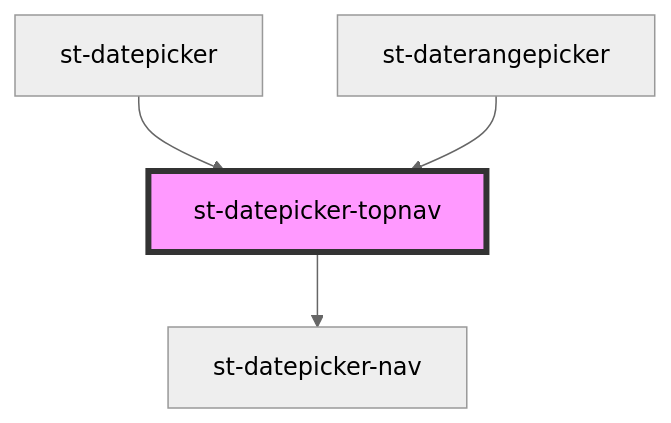
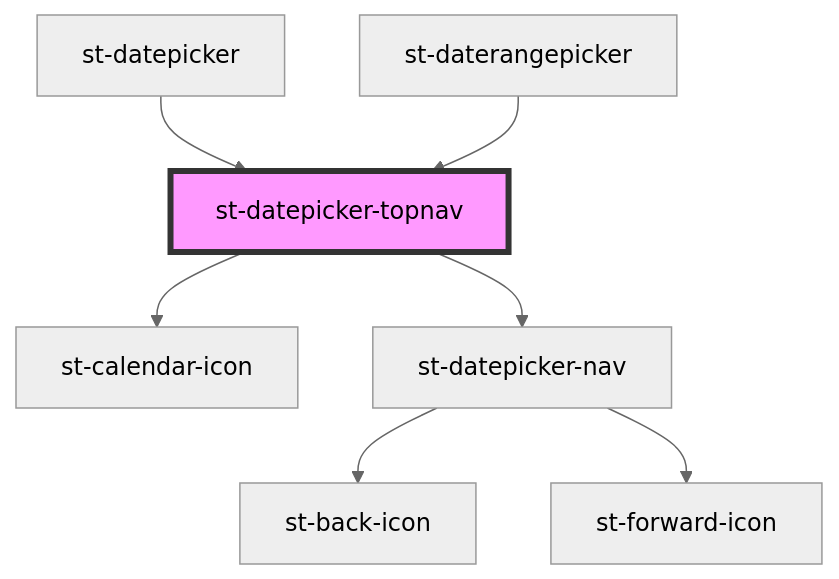
The diagram in src/components/inner-components/st-datepicker-topnav/readme.md (k1laba/st-datepicker), drawn with Mermaid (neutral theme) before and after one commit. The commit also changed other lines of this file and 25 other files, not shown here.

````diff
--- a/src/components/inner-components/st-datepicker-topnav/readme.md
+++ b/src/components/inner-components/st-datepicker-topnav/readme.md
@@ -30,7 +31,10 @@
 ```mermaid
 graph TD;
+  st-datepicker-topnav --> st-calendar-icon
   st-datepicker-topnav --> st-datepicker-nav
+  st-datepicker-nav --> st-back-icon
+  st-datepicker-nav --> st-forward-icon
   st-datepicker --> st-datepicker-topnav
   st-daterangepicker --> st-datepicker-topnav
   style st-datepicker-topnav fill:#f9f,stroke:#333,stroke-width:4px
 ```
````
